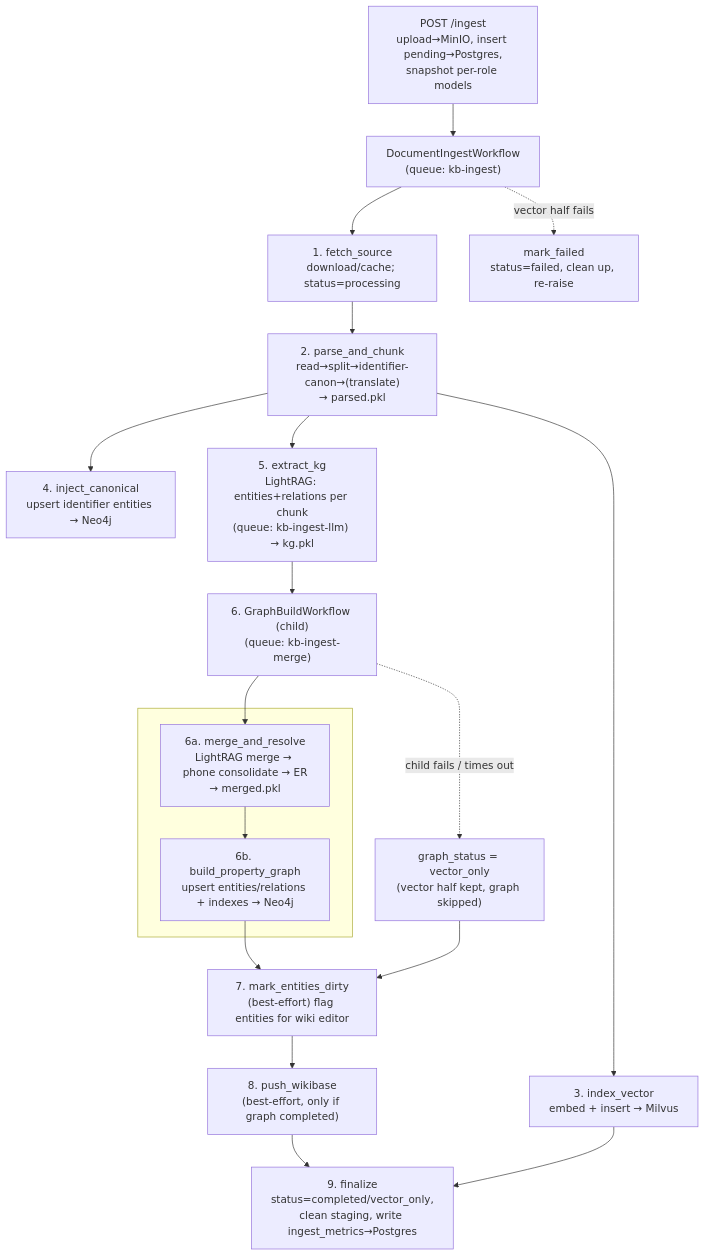
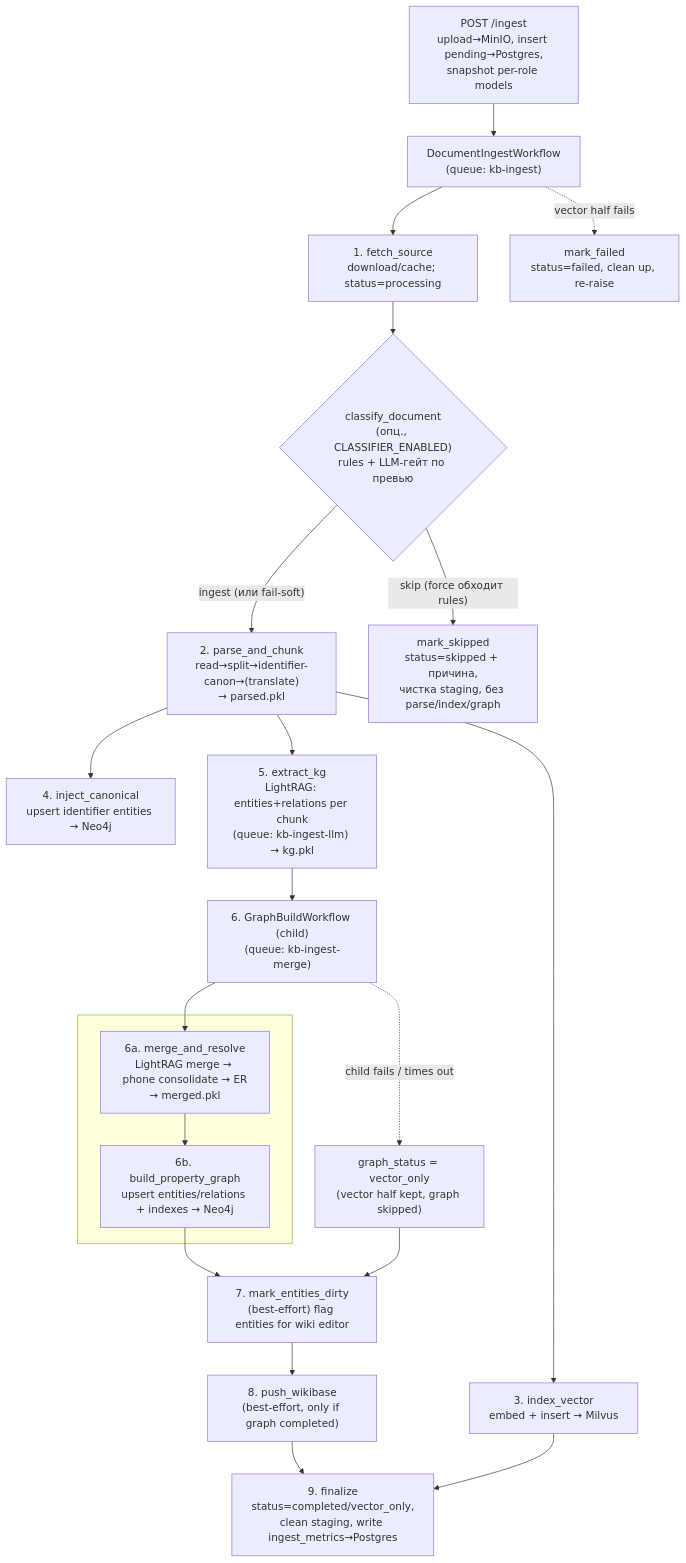
The first of 2 diagrams in docs/INGEST.md (a-tsitanov/agent_v2), drawn with Mermaid before and after one commit. The commit also changed other lines of this file and 11 other files, not shown here.

````diff
--- a/docs/INGEST.md
+++ b/docs/INGEST.md
@@ -14,28 +16,30 @@
 ```mermaid
 flowchart TD
     A["POST /ingest<br/>upload→MinIO, insert pending→Postgres,<br/>snapshot per-role models"] --> WF["DocumentIngestWorkflow<br/>(queue: kb-ingest)"]
 
     WF --> S1["1. fetch_source<br/>download/cache; status=processing"]
-    S1 --> S2["2. parse_and_chunk<br/>read→split→identifier-canon→(translate)<br/>→ parsed.pkl"]
+    S1 --> CLS{"classify_document<br/>(опц., CLASSIFIER_ENABLED)<br/>rules + LLM-гейт по превью"}
+    CLS -- "ingest (или fail-soft)" --> S2["2. parse_and_chunk<br/>read→split→identifier-canon→(translate)<br/>→ parsed.pkl"]
+    CLS -- "skip (force обходит rules)" --> SK["mark_skipped<br/>status=skipped + причина,<br/>чистка staging, без parse/index/graph"]
     S2 --> S3["3. index_vector<br/>embed + insert → Milvus"]
     S2 --> S4["4. inject_canonical<br/>upsert identifier entities → Neo4j"]
     S2 --> S5["5. extract_kg<br/>LightRAG: entities+relations per chunk<br/>(queue: kb-ingest-llm) → kg.pkl"]
 
     S5 --> GBW["6. GraphBuildWorkflow (child)<br/>(queue: kb-ingest-merge)"]
     subgraph GBW_inner [" "]
       GB1["6a. merge_and_resolve<br/>LightRAG merge → phone consolidate → ER<br/>→ merged.pkl"]
       GB2["6b. build_property_graph<br/>upsert entities/relations + indexes → Neo4j"]
       GB1 --> GB2
     end
     GBW --> GB1
 
     GB2 --> S7["7. mark_entities_dirty<br/>(best-effort) flag entities for wiki editor"]
     S7 --> S8["8. push_wikibase<br/>(best-effort, only if graph completed)"]
     S8 --> S9["9. finalize<br/>status=completed/vector_only,<br/>clean staging, write ingest_metrics→Postgres"]
 
     GBW -. "child fails / times out" .-> VO["graph_status = vector_only<br/>(vector half kept, graph skipped)"]
     VO --> S7
     WF -. "vector half fails" .-> MF["mark_failed<br/>status=failed, clean up, re-raise"]
 
     S3 --> S9
 ```
````
